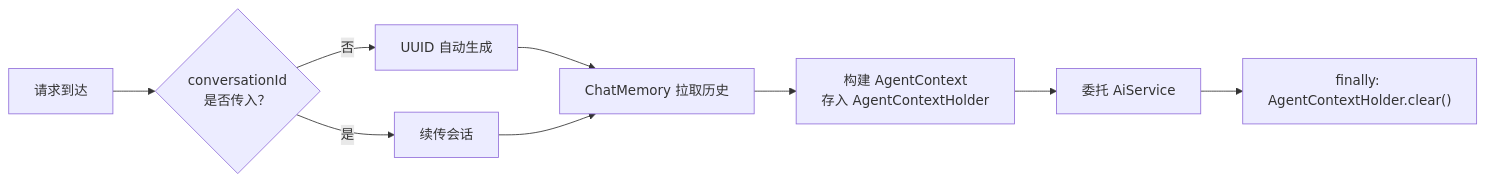
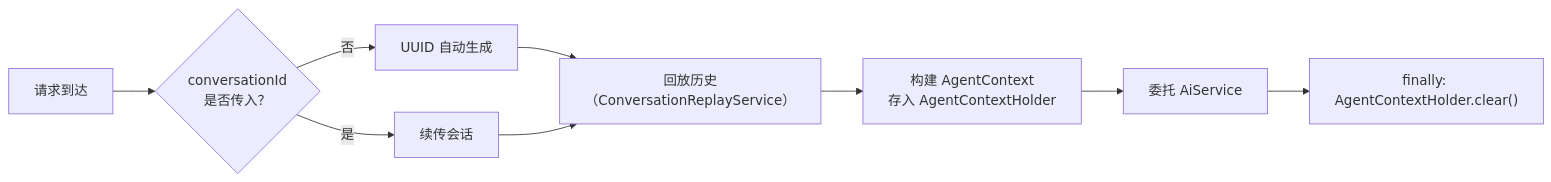
Before and after one commit to vacontinuejatotired/picknear: the second of 14 diagrams in md/agent/Agent模块处理流程.md, drawn with Mermaid. The commit also changed other lines of this file and 5 other files, not shown here.

First line of the commit message:
docs(agent): 同步记忆回放与异步压缩落地（README/架构/路线图/处理流程/简历）

````diff
--- a/md/agent/Agent模块处理流程.md
+++ b/md/agent/Agent模块处理流程.md
@@ -52,11 +51,11 @@
 ```mermaid
 flowchart LR
     A["请求到达"] --> B{"conversationId<br/>是否传入？"}
     B -->|否| C["UUID 自动生成"]
     B -->|是| D["续传会话"]
-    C --> E["ChatMemory 拉取历史"]
+    C --> E["回放历史（ConversationReplayService）"]
     D --> E
     E --> F["构建 AgentContext<br/>存入 AgentContextHolder"]
     F --> G["委托 AiService"]
     G --> H["finally: AgentContextHolder.clear()"]
 ```
````
